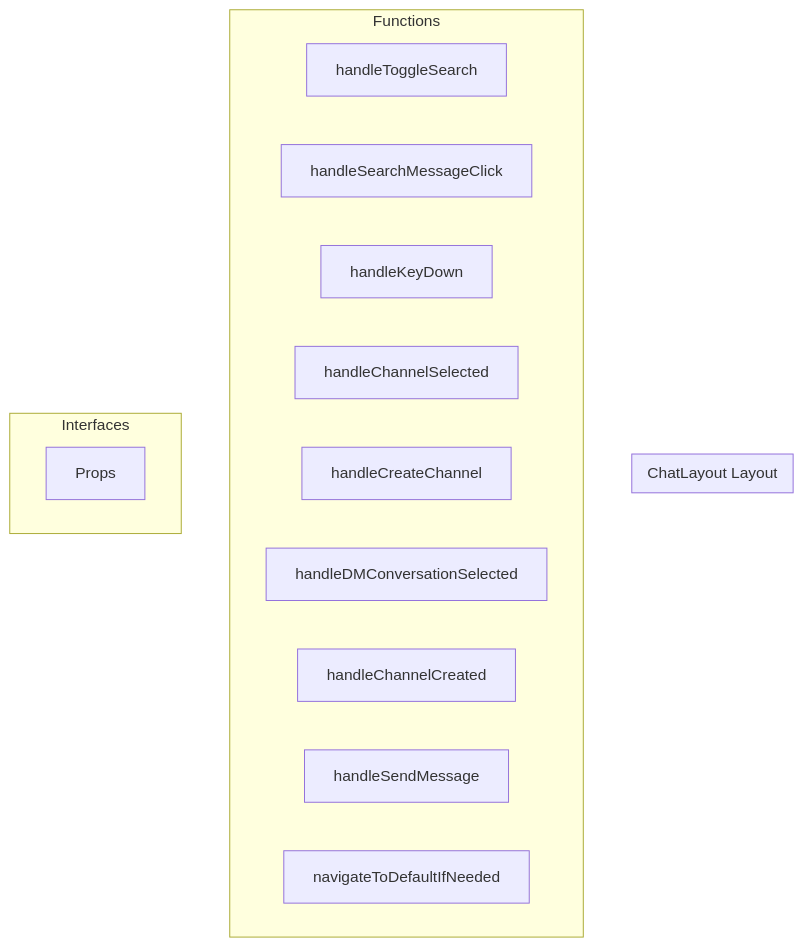
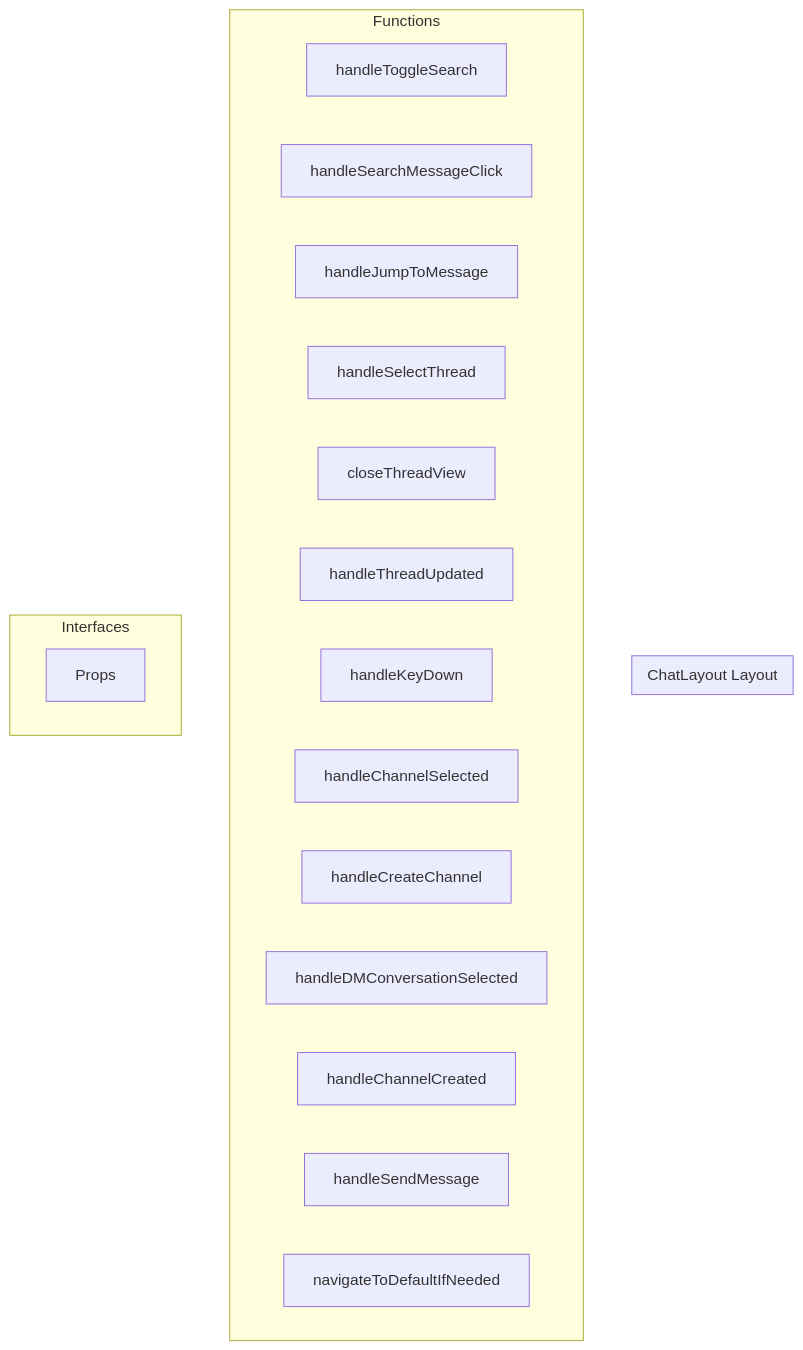
One commit to y4my4my4m/harmony changed the diagram in docs/api/layouts/chatlayout.md. Above: the diagram before and after it, drawn with Mermaid. The commit also changed other lines of this file and 211 other files, not shown here.

````diff
--- a/docs/api/layouts/chatlayout.md
+++ b/docs/api/layouts/chatlayout.md
@@ -7,21 +7,25 @@
 ```mermaid
 graph TB
     subgraph "ChatLayout Layout"
     end
     
     subgraph "Functions"
         FN_HANDLETOGGLESEARCH[handleToggleSearch]
         FN_HANDLESEARCHMESSAGECLICK[handleSearchMessageClick]
+        FN_HANDLEJUMPTOMESSAGE[handleJumpToMessage]
+        FN_HANDLESELECTTHREAD[handleSelectThread]
+        FN_CLOSETHREADVIEW[closeThreadView]
+        FN_HANDLETHREADUPDATED[handleThreadUpdated]
         FN_HANDLEKEYDOWN[handleKeyDown]
         FN_HANDLECHANNELSELECTED[handleChannelSelected]
         FN_HANDLECREATECHANNEL[handleCreateChannel]
         FN_HANDLEDMCONVERSATIONSELECTED[handleDMConversationSelected]
         FN_HANDLECHANNELCREATED[handleChannelCreated]
         FN_HANDLESENDMESSAGE[handleSendMessage]
         FN_NAVIGATETODEFAULTIFNEEDED[navigateToDefaultIfNeeded]
     end
     
     subgraph "Interfaces"
         INT_PROPS[Props]
     end
 ```
````
